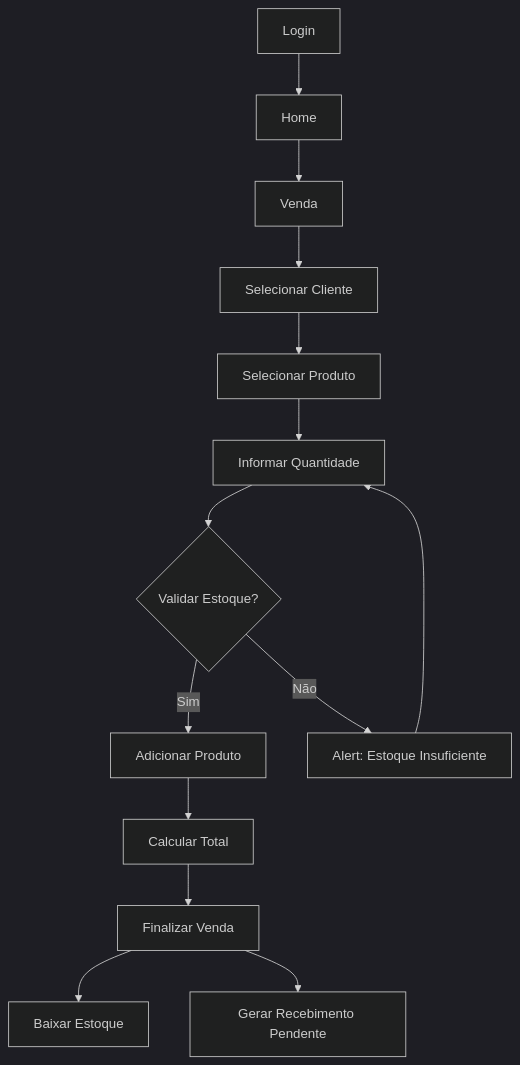
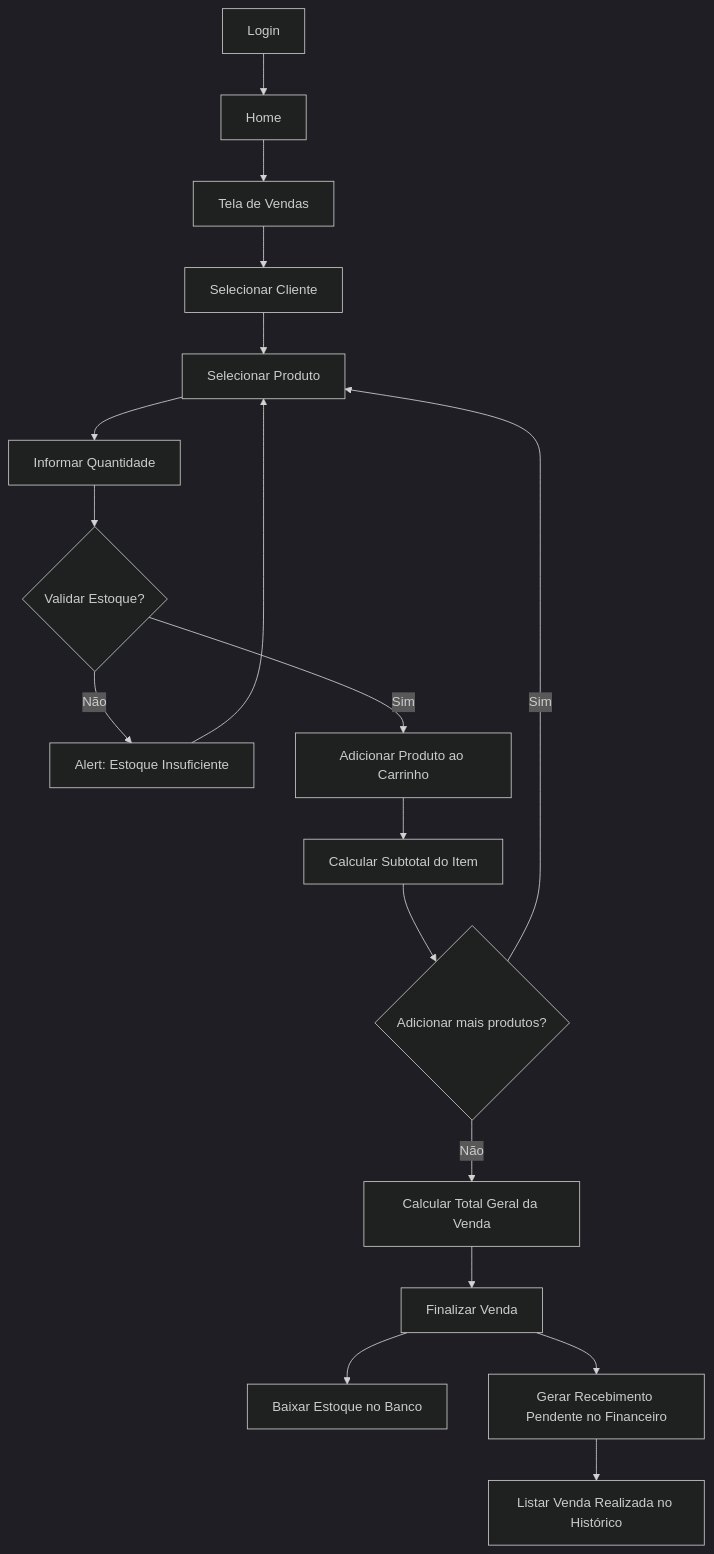
The ninth of 11 diagrams in documentacao/DIAGRAMAS.md (EduardoHenrrykSimonato/sistema-gestao-comercial), drawn with Mermaid (dark theme) before and after one commit. The commit also changed other lines of this file and 3 other files, not shown here.

Commit message:
docs: auditoria e sincronizacao de todos os diagramas Mermaid do projeto

````diff
--- a/documentacao/DIAGRAMAS.md
+++ b/documentacao/DIAGRAMAS.md
@@ -131,15 +463,19 @@
 ```mermaid
 flowchart TD
     Login["Login"] --> Home["Home"]
-    Home --> Venda["Venda"]
+    Home --> Venda["Tela de Vendas"]
     Venda --> SelCliente["Selecionar Cliente"]
     SelCliente --> SelProd["Selecionar Produto"]
     SelProd --> InfQtd["Informar Quantidade"]
     InfQtd --> ValEst{"Validar Estoque?"}
-    ValEst -- Sim --> AddProd["Adicionar Produto"]
-    ValEst -- Não --> AlertEst["Alert: Estoque Insuficiente"] --> InfQtd
-    AddProd --> CalcTotal["Calcular Total"]
+    ValEst -- Não --> AlertEst["Alert: Estoque Insuficiente"] --> SelProd
+    ValEst -- Sim --> AddProd["Adicionar Produto ao Carrinho"]
+    AddProd --> CalcSub["Calcular Subtotal do Item"]
+    CalcSub --> Loop{"Adicionar mais produtos?"}
+    Loop -- Sim --> SelProd
+    Loop -- Não --> CalcTotal["Calcular Total Geral da Venda"]
     CalcTotal --> FinVenda["Finalizar Venda"]
-    FinVenda --> BaixEst["Baixar Estoque"]
-    FinVenda --> GerReceb["Gerar Recebimento Pendente"]
+    FinVenda --> BaixEst["Baixar Estoque no Banco"]
+    FinVenda --> GerReceb["Gerar Recebimento Pendente no Financeiro"]
+    GerReceb --> ListVendas["Listar Venda Realizada no Histórico"]
 ```
````
